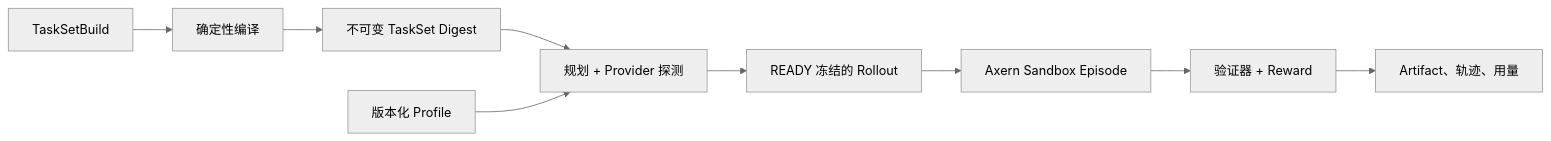
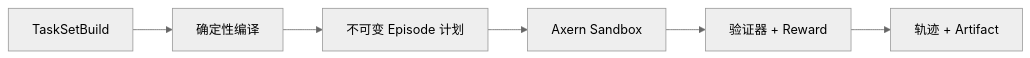
Before and after one commit to cofy-x/axern: the diagram in apps/docs/src/content/docs/zh-cn/axrun/index.md, drawn with Mermaid (neutral theme). The commit also changed other lines of this file and 208 other files, not shown here.

````diff
--- a/apps/docs/src/content/docs/zh-cn/axrun/index.md
+++ b/apps/docs/src/content/docs/zh-cn/axrun/index.md
@@ -21,11 +12,8 @@
 ```mermaid
 flowchart LR
     Build["TaskSetBuild"] --> Compile["确定性编译"]
-    Compile --> Artifact["不可变 TaskSet Digest"]
-    Artifact --> Plan["规划 + Provider 探测"]
-    Profile["版本化 Profile"] --> Plan
-    Plan --> Ready["READY 冻结的 Rollout"]
-    Ready --> Execute["Axern Sandbox Episode"]
+    Compile --> Plan["不可变 Episode 计划"]
+    Plan --> Execute["Axern Sandbox"]
     Execute --> Verify["验证器 + Reward"]
-    Verify --> Evidence["Artifact、轨迹、用量"]
+    Verify --> Evidence["轨迹 + Artifact"]
 ```
````
